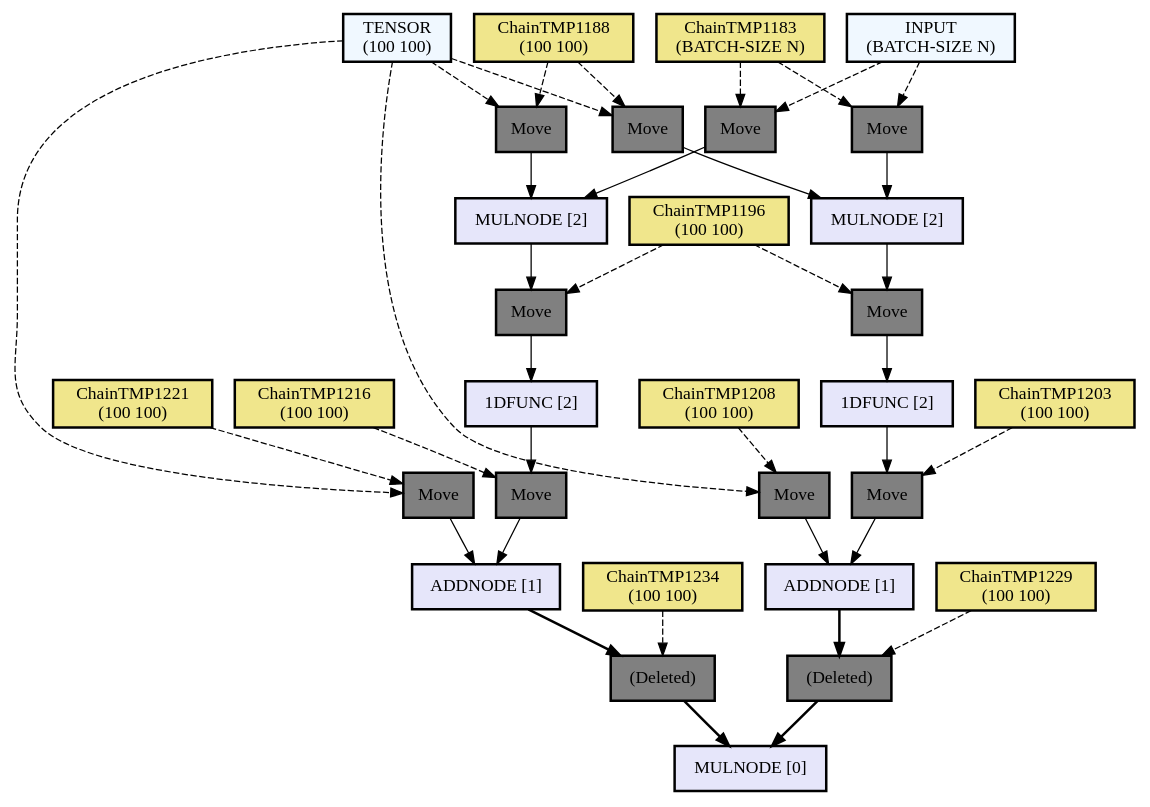
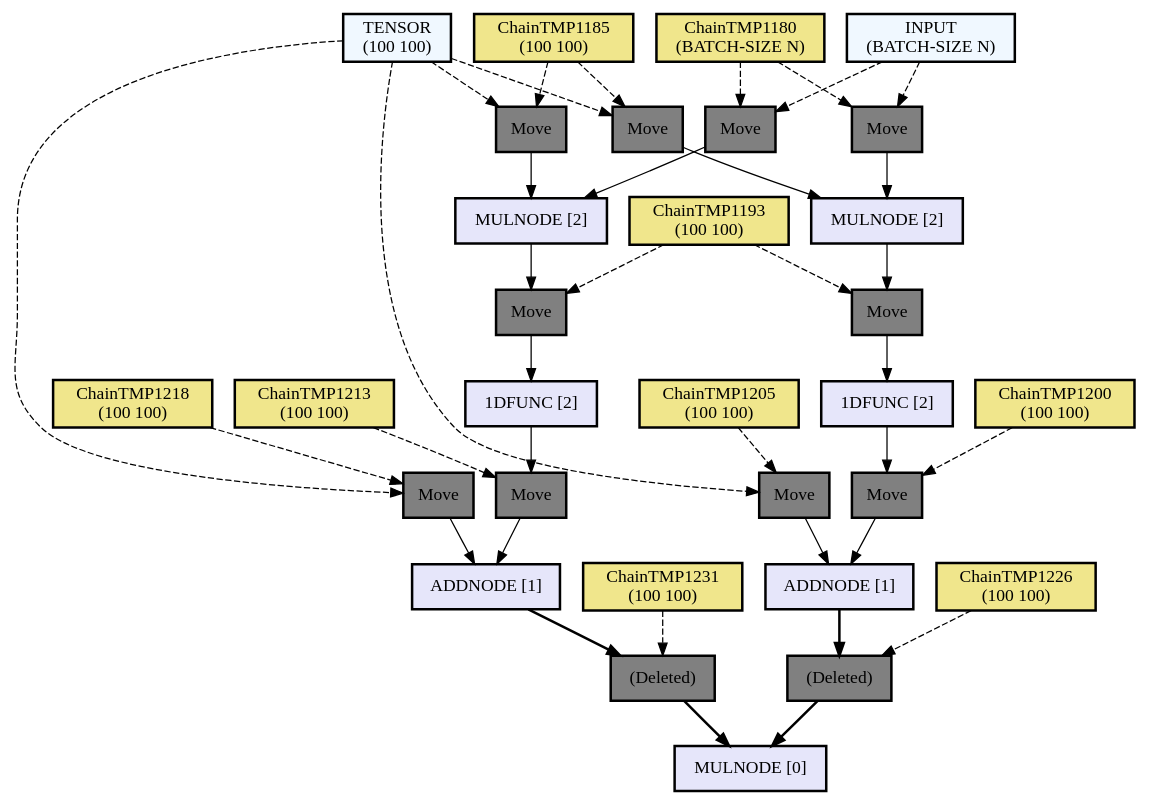
Before and after one commit to hikettei/cl-waffe2: the diagram in assets/out2.dot, drawn with Graphviz. The commit also changed 5 other files, not shown here.

```diff
--- a/assets/out2.dot
+++ b/assets/out2.dot
@@ -1,94 +1,94 @@
 digraph computation_node {
   node[shape="box" style="filled" color="black" penwidth="2"];
   TENSOR [label = "TENSOR
 (100 100)" fillcolor="#f0f8ff" style="filled, solid"];
-  ChainTMP1221 [label = "ChainTMP1221
+  ChainTMP1218 [label = "ChainTMP1218
 (100 100)" fillcolor="#f0e68c" style="filled, solid"];
-  NODE1303 [label = "Move" fillcolor="gray" style="filled, solid"];
+  NODE1300 [label = "Move" fillcolor="gray" style="filled, solid"];
   TENSOR [label = "TENSOR
 (100 100)" fillcolor="#f0f8ff" style="filled, solid"];
-  ChainTMP1188 [label = "ChainTMP1188
+  ChainTMP1185 [label = "ChainTMP1185
 (100 100)" fillcolor="#f0e68c" style="filled, solid"];
-  NODE1300 [label = "Move" fillcolor="gray" style="filled, solid"];
+  NODE1297 [label = "Move" fillcolor="gray" style="filled, solid"];
   INPUT [label = "INPUT
 (BATCH-SIZE N)" fillcolor="#f0f8ff" style="filled, solid"];
-  ChainTMP1183 [label = "ChainTMP1183
+  ChainTMP1180 [label = "ChainTMP1180
 (BATCH-SIZE N)" fillcolor="#f0e68c" style="filled, solid"];
-  NODE1297 [label = "Move" fillcolor="gray" style="filled, solid"];
-  NODE1296 [label = "MULNODE [2]" fillcolor="#e6e6fa" style="filled, solid"];
-  ChainTMP1196 [label = "ChainTMP1196
-(100 100)" fillcolor="#f0e68c" style="filled, solid"];
   NODE1294 [label = "Move" fillcolor="gray" style="filled, solid"];
-  NODE1293 [label = "1DFUNC [2]" fillcolor="#e6e6fa" style="filled, solid"];
-  ChainTMP1216 [label = "ChainTMP1216
+  NODE1293 [label = "MULNODE [2]" fillcolor="#e6e6fa" style="filled, solid"];
+  ChainTMP1193 [label = "ChainTMP1193
 (100 100)" fillcolor="#f0e68c" style="filled, solid"];
   NODE1291 [label = "Move" fillcolor="gray" style="filled, solid"];
-  NODE1290 [label = "ADDNODE [1]" fillcolor="#e6e6fa" style="filled, solid"];
-  ChainTMP1234 [label = "ChainTMP1234
+  NODE1290 [label = "1DFUNC [2]" fillcolor="#e6e6fa" style="filled, solid"];
+  ChainTMP1213 [label = "ChainTMP1213
 (100 100)" fillcolor="#f0e68c" style="filled, solid"];
-  NODE1288 [label = "(Deleted)" fillcolor="gray" style="filled, solid"];
+  NODE1288 [label = "Move" fillcolor="gray" style="filled, solid"];
+  NODE1287 [label = "ADDNODE [1]" fillcolor="#e6e6fa" style="filled, solid"];
+  ChainTMP1231 [label = "ChainTMP1231
+(100 100)" fillcolor="#f0e68c" style="filled, solid"];
+  NODE1285 [label = "(Deleted)" fillcolor="gray" style="filled, solid"];
   TENSOR [label = "TENSOR
 (100 100)" fillcolor="#f0f8ff" style="filled, solid"];
-  ChainTMP1208 [label = "ChainTMP1208
+  ChainTMP1205 [label = "ChainTMP1205
 (100 100)" fillcolor="#f0e68c" style="filled, solid"];
-  NODE1285 [label = "Move" fillcolor="gray" style="filled, solid"];
+  NODE1282 [label = "Move" fillcolor="gray" style="filled, solid"];
   TENSOR [label = "TENSOR
 (100 100)" fillcolor="#f0f8ff" style="filled, solid"];
-  ChainTMP1188 [label = "ChainTMP1188
+  ChainTMP1185 [label = "ChainTMP1185
 (100 100)" fillcolor="#f0e68c" style="filled, solid"];
-  NODE1282 [label = "Move" fillcolor="gray" style="filled, solid"];
+  NODE1279 [label = "Move" fillcolor="gray" style="filled, solid"];
   INPUT [label = "INPUT
 (BATCH-SIZE N)" fillcolor="#f0f8ff" style="filled, solid"];
-  ChainTMP1183 [label = "ChainTMP1183
+  ChainTMP1180 [label = "ChainTMP1180
 (BATCH-SIZE N)" fillcolor="#f0e68c" style="filled, solid"];
-  NODE1279 [label = "Move" fillcolor="gray" style="filled, solid"];
-  NODE1278 [label = "MULNODE [2]" fillcolor="#e6e6fa" style="filled, solid"];
-  ChainTMP1196 [label = "ChainTMP1196
-(100 100)" fillcolor="#f0e68c" style="filled, solid"];
   NODE1276 [label = "Move" fillcolor="gray" style="filled, solid"];
-  NODE1275 [label = "1DFUNC [2]" fillcolor="#e6e6fa" style="filled, solid"];
-  ChainTMP1203 [label = "ChainTMP1203
+  NODE1275 [label = "MULNODE [2]" fillcolor="#e6e6fa" style="filled, solid"];
+  ChainTMP1193 [label = "ChainTMP1193
 (100 100)" fillcolor="#f0e68c" style="filled, solid"];
   NODE1273 [label = "Move" fillcolor="gray" style="filled, solid"];
-  NODE1272 [label = "ADDNODE [1]" fillcolor="#e6e6fa" style="filled, solid"];
-  ChainTMP1229 [label = "ChainTMP1229
+  NODE1272 [label = "1DFUNC [2]" fillcolor="#e6e6fa" style="filled, solid"];
+  ChainTMP1200 [label = "ChainTMP1200
 (100 100)" fillcolor="#f0e68c" style="filled, solid"];
-  NODE1270 [label = "(Deleted)" fillcolor="gray" style="filled, solid"];
-  NODE1269 [label = "MULNODE [0]" fillcolor="#e6e6fa" style="filled, solid"];
-  NODE1270 -> NODE1269[penwidth="2"];
-  ChainTMP1229 -> NODE1270[style="dashed"];
-  NODE1272 -> NODE1270[penwidth="2"];
+  NODE1270 [label = "Move" fillcolor="gray" style="filled, solid"];
+  NODE1269 [label = "ADDNODE [1]" fillcolor="#e6e6fa" style="filled, solid"];
+  ChainTMP1226 [label = "ChainTMP1226
+(100 100)" fillcolor="#f0e68c" style="filled, solid"];
+  NODE1267 [label = "(Deleted)" fillcolor="gray" style="filled, solid"];
+  NODE1266 [label = "MULNODE [0]" fillcolor="#e6e6fa" style="filled, solid"];
+  NODE1267 -> NODE1266[penwidth="2"];
+  ChainTMP1226 -> NODE1267[style="dashed"];
+  NODE1269 -> NODE1267[penwidth="2"];
+  NODE1270 -> NODE1269[weight=10];
+  ChainTMP1200 -> NODE1270[style="dashed"];
+  NODE1272 -> NODE1270[weight=10];
   NODE1273 -> NODE1272[weight=10];
-  ChainTMP1203 -> NODE1273[style="dashed"];
+  ChainTMP1193 -> NODE1273[style="dashed"];
   NODE1275 -> NODE1273[weight=10];
   NODE1276 -> NODE1275[weight=10];
-  ChainTMP1196 -> NODE1276[style="dashed"];
-  NODE1278 -> NODE1276[weight=10];
-  NODE1279 -> NODE1278[weight=10];
-  ChainTMP1183 -> NODE1279[style="dashed"];
-  INPUT -> NODE1279[style="dashed"];
-  NODE1282 -> NODE1278[weight=10];
-  ChainTMP1188 -> NODE1282[style="dashed"];
+  ChainTMP1180 -> NODE1276[style="dashed"];
+  INPUT -> NODE1276[style="dashed"];
+  NODE1279 -> NODE1275[weight=10];
+  ChainTMP1185 -> NODE1279[style="dashed"];
+  TENSOR -> NODE1279[style="dashed"];
+  NODE1282 -> NODE1269[weight=10];
+  ChainTMP1205 -> NODE1282[style="dashed"];
   TENSOR -> NODE1282[style="dashed"];
-  NODE1285 -> NODE1272[weight=10];
-  ChainTMP1208 -> NODE1285[style="dashed"];
-  TENSOR -> NODE1285[style="dashed"];
-  NODE1288 -> NODE1269[penwidth="2"];
-  ChainTMP1234 -> NODE1288[style="dashed"];
-  NODE1290 -> NODE1288[penwidth="2"];
+  NODE1285 -> NODE1266[penwidth="2"];
+  ChainTMP1231 -> NODE1285[style="dashed"];
+  NODE1287 -> NODE1285[penwidth="2"];
+  NODE1288 -> NODE1287[weight=10];
+  ChainTMP1213 -> NODE1288[style="dashed"];
+  NODE1290 -> NODE1288[weight=10];
   NODE1291 -> NODE1290[weight=10];
-  ChainTMP1216 -> NODE1291[style="dashed"];
+  ChainTMP1193 -> NODE1291[style="dashed"];
   NODE1293 -> NODE1291[weight=10];
   NODE1294 -> NODE1293[weight=10];
-  ChainTMP1196 -> NODE1294[style="dashed"];
-  NODE1296 -> NODE1294[weight=10];
-  NODE1297 -> NODE1296[weight=10];
-  ChainTMP1183 -> NODE1297[style="dashed"];
-  INPUT -> NODE1297[style="dashed"];
-  NODE1300 -> NODE1296[weight=10];
-  ChainTMP1188 -> NODE1300[style="dashed"];
+  ChainTMP1180 -> NODE1294[style="dashed"];
+  INPUT -> NODE1294[style="dashed"];
+  NODE1297 -> NODE1293[weight=10];
+  ChainTMP1185 -> NODE1297[style="dashed"];
+  TENSOR -> NODE1297[style="dashed"];
+  NODE1300 -> NODE1287[weight=10];
+  ChainTMP1218 -> NODE1300[style="dashed"];
   TENSOR -> NODE1300[style="dashed"];
-  NODE1303 -> NODE1290[weight=10];
-  ChainTMP1221 -> NODE1303[style="dashed"];
-  TENSOR -> NODE1303[style="dashed"];
 }
```
